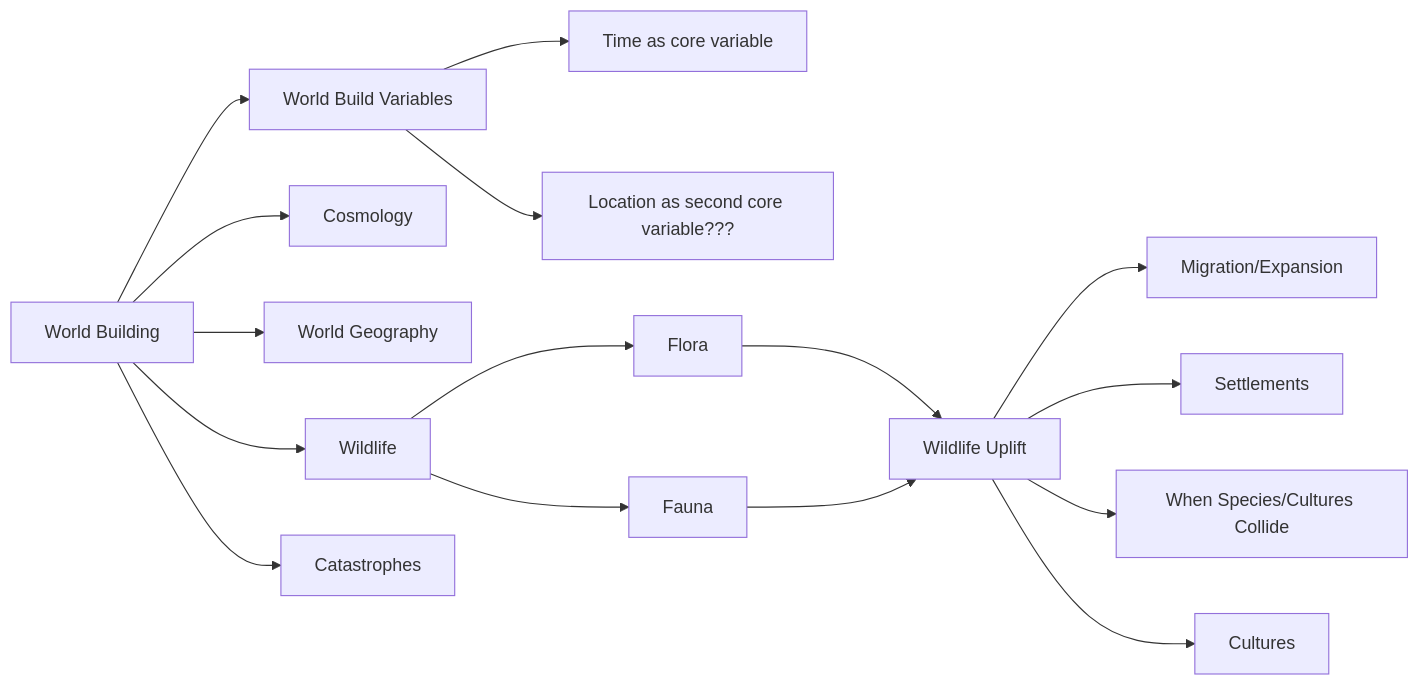
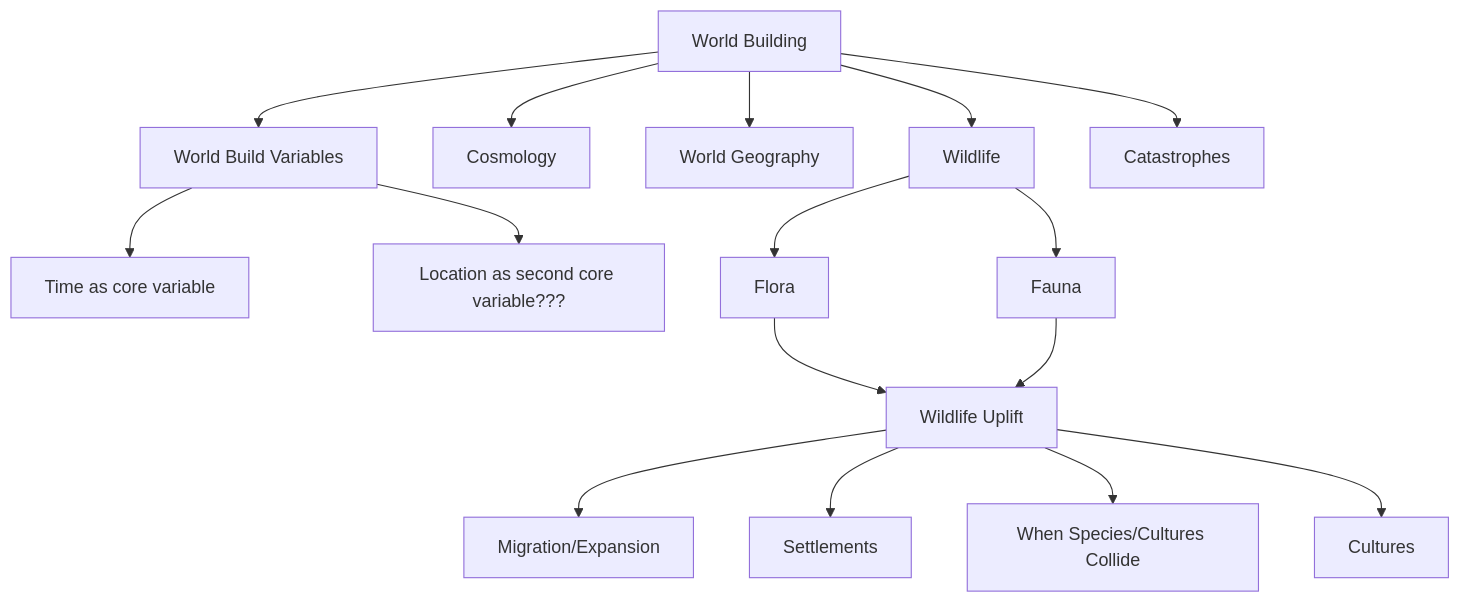
One commit to Half-Guinea-Press/thistle_octopus changed the second of 2 diagrams in docs/blog/posts/240311.md. Above: the diagram before and after it, drawn with Mermaid.

````diff
--- a/docs/blog/posts/240311.md
+++ b/docs/blog/posts/240311.md
@@ -23,20 +23,20 @@
 ``` mermaid
-graph LR
+graph TD
 
   WB[World Building] --> WBV[World Build Variables]
   WBV --> WBV1[Time as core variable]
   WBV --> WBV2[Location as second core variable???]
   WB --> WBC[Cosmology]
   WB --> WBG[World Geography]
   WB --> WBW[Wildlife]
   WBW --> WBWFL[Flora]
   WBW --> WBWFA[Fauna]
   WBWFL -->WBWU[Wildlife Uplift]
   WBWFA -->WBWU
   WBWU --> WBWU1[Migration/Expansion]
   WBWU --> WBWU2[Settlements]
   WBWU --> WBWU3[When Species/Cultures Collide]
   WBWU --> WBWU4[Cultures]
   WB --> WBCAT[Catastrophes]
 
 ```
````
